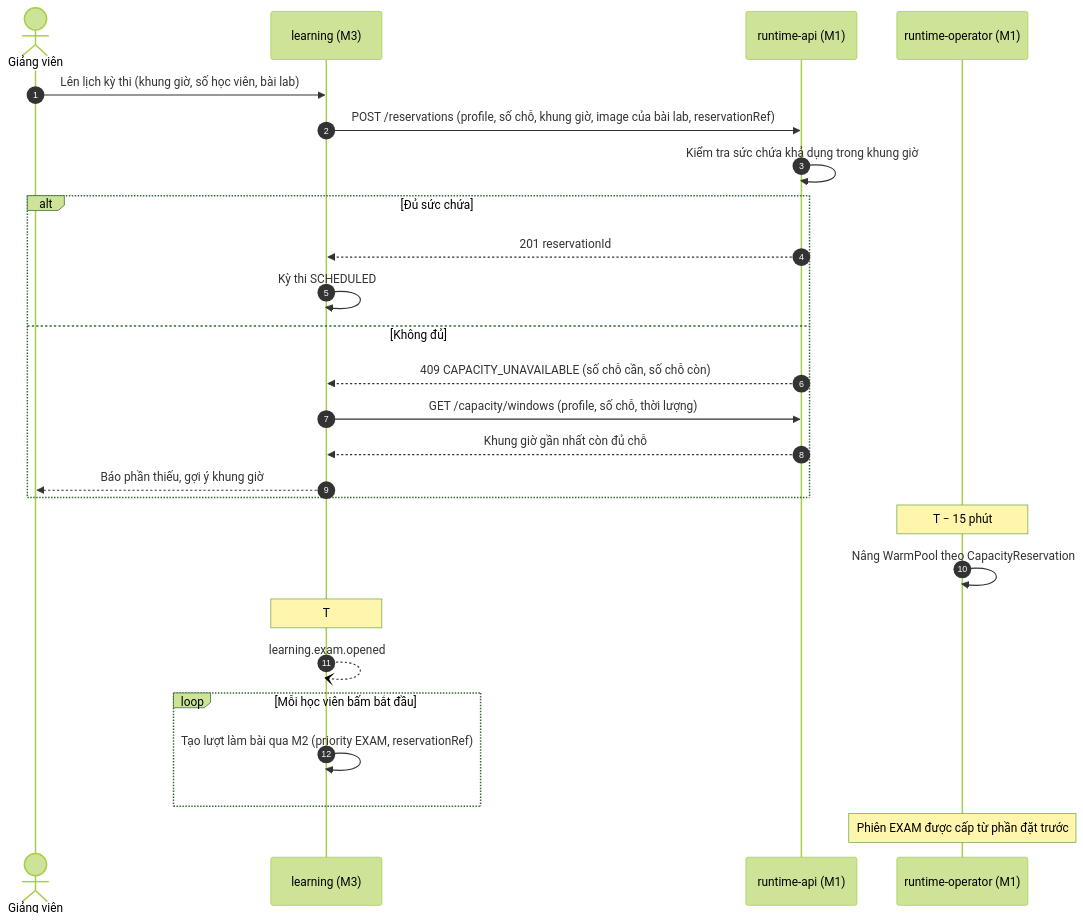
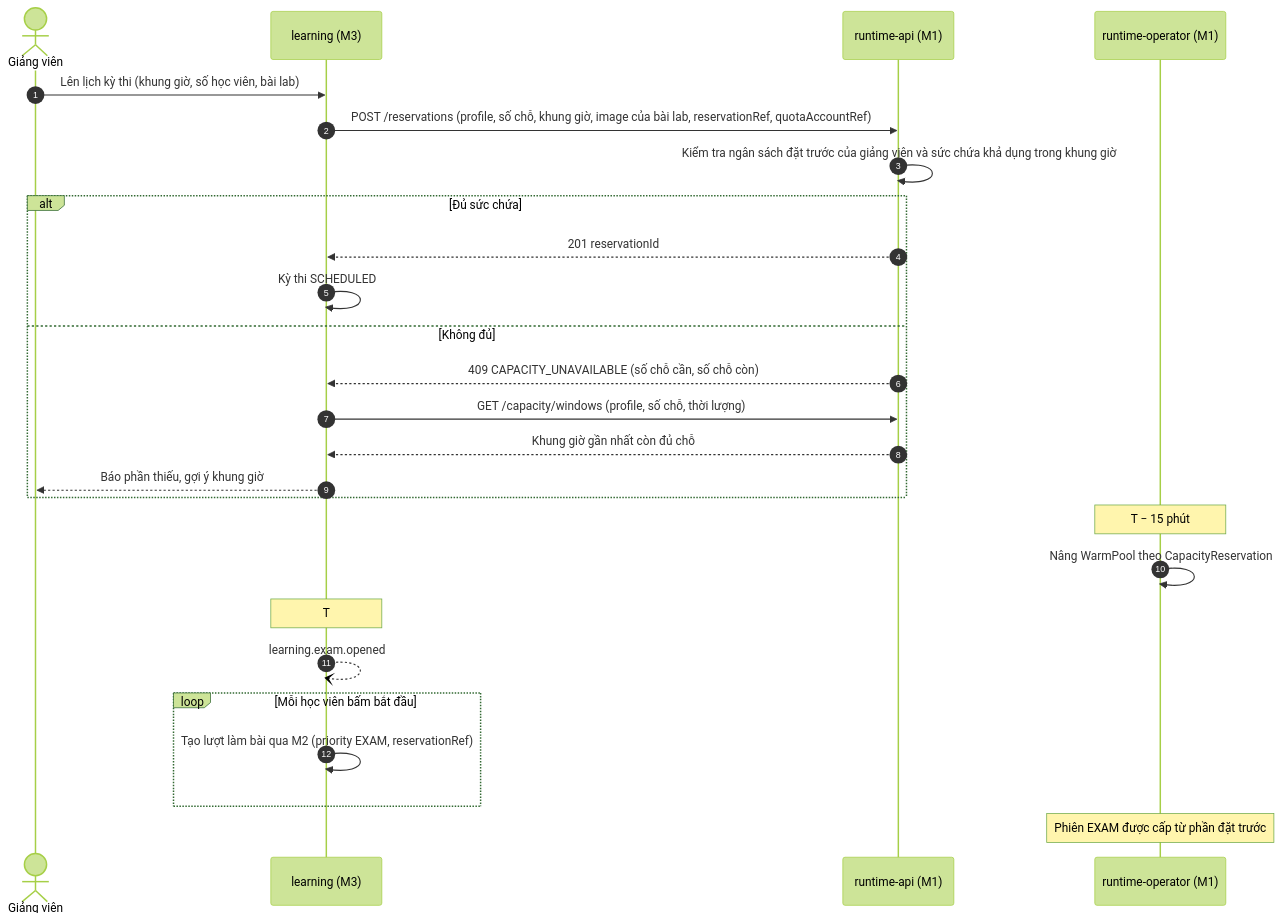
The ninth of 10 diagrams in docs/02-kien-truc.md (NhatMinh0311/Crucible), drawn with Mermaid (forest theme) before and after one commit. The commit also changed 8 other files, not shown here.

First line of the commit message:
Trần hạn mức theo giảng viên do quản trị đặt

````diff
--- a/docs/02-kien-truc.md
+++ b/docs/02-kien-truc.md
@@ -307,29 +307,29 @@
 ```mermaid
 sequenceDiagram
     autonumber
     actor I as Giảng viên
     participant L as learning (M3)
     participant R as runtime-api (M1)
     participant O as runtime-operator (M1)
 
     I->>L: Lên lịch kỳ thi (khung giờ, số học viên, bài lab)
-    L->>R: POST /reservations (profile, số chỗ, khung giờ, image của bài lab, reservationRef)
-    R->>R: Kiểm tra sức chứa khả dụng trong khung giờ
+    L->>R: POST /reservations (profile, số chỗ, khung giờ, image của bài lab, reservationRef, quotaAccountRef)
+    R->>R: Kiểm tra ngân sách đặt trước của giảng viên và sức chứa khả dụng trong khung giờ
     alt Đủ sức chứa
         R-->>L: 201 reservationId
         L->>L: Kỳ thi SCHEDULED
     else Không đủ
         R-->>L: 409 CAPACITY_UNAVAILABLE (số chỗ cần, số chỗ còn)
         L->>R: GET /capacity/windows (profile, số chỗ, thời lượng)
         R-->>L: Khung giờ gần nhất còn đủ chỗ
         L-->>I: Báo phần thiếu, gợi ý khung giờ
     end
     Note over O: T − 15 phút
     O->>O: Nâng WarmPool theo CapacityReservation
     Note over L: T
     L--)L: learning.exam.opened
     loop Mỗi học viên bấm bắt đầu
         L->>L: Tạo lượt làm bài qua M2 (priority EXAM, reservationRef)
     end
     Note over O: Phiên EXAM được cấp từ phần đặt trước
 ```
````
